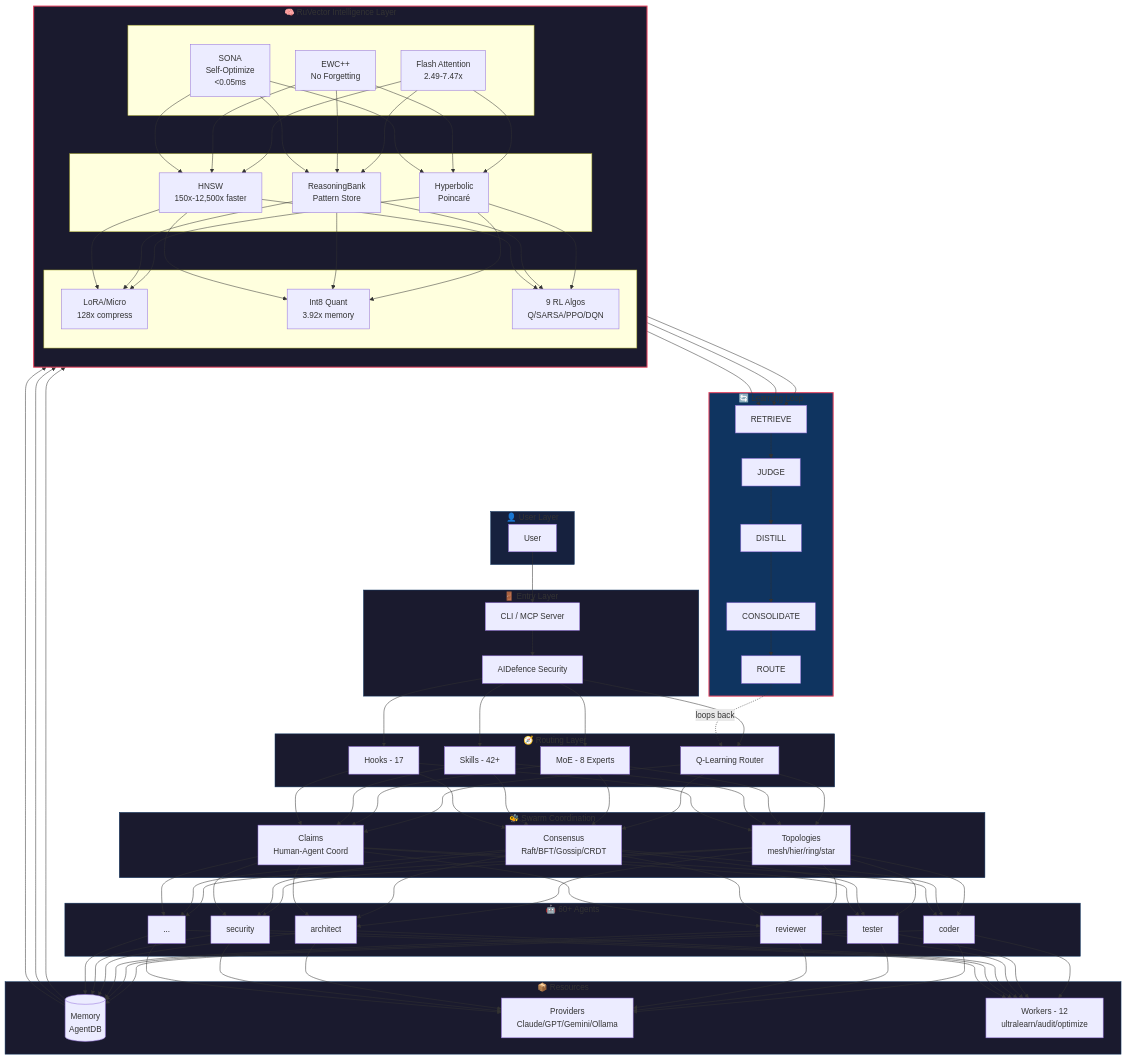
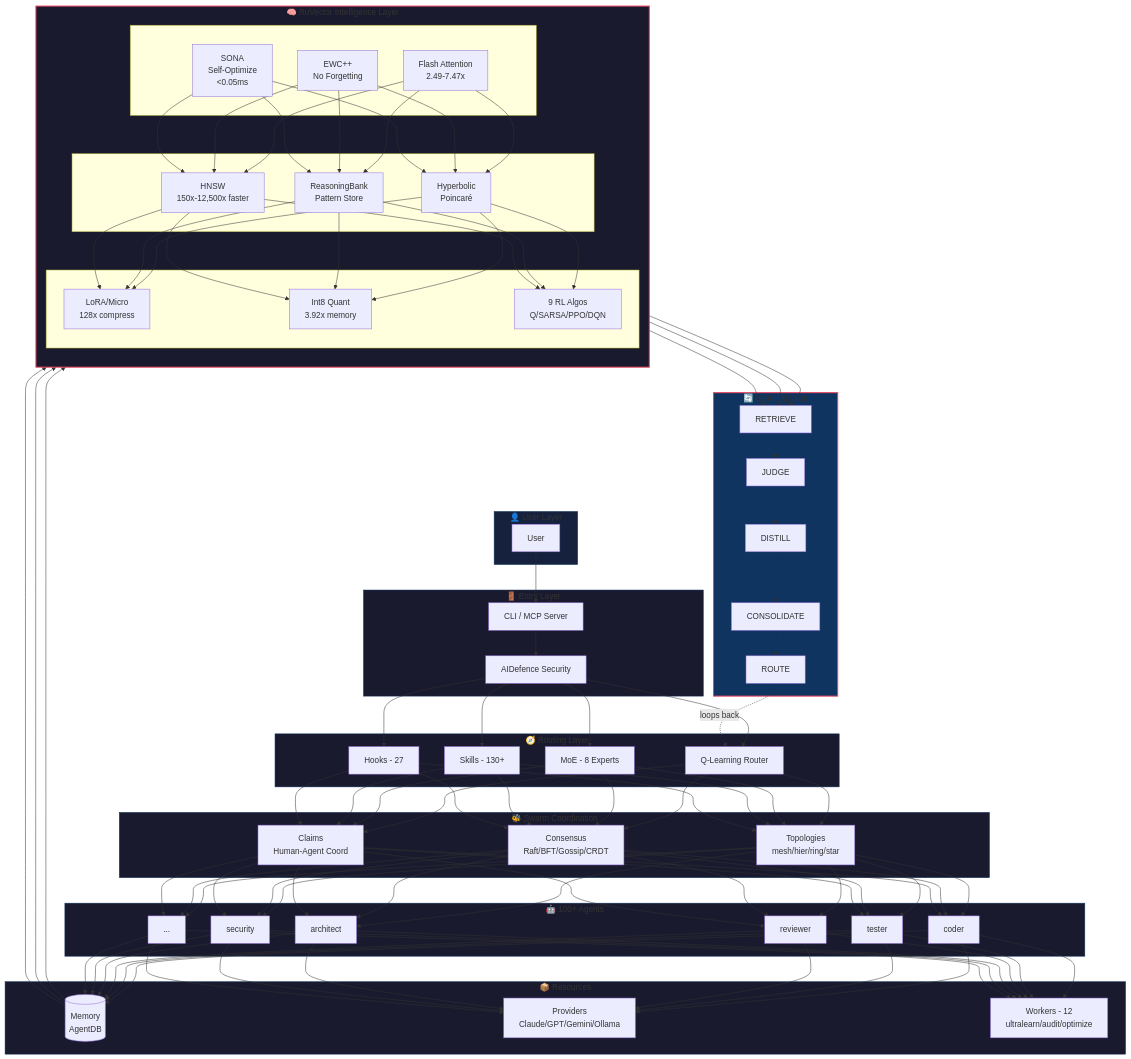
Before and after one commit to sashakobtsev21-stack/my_agents: the first of 6 diagrams in README.md, drawn with Mermaid. The commit also changed other lines of this file, not shown here.

```diff
--- a/README.md
+++ b/README.md
@@ -56,8 +56,8 @@
     subgraph ROUTING["🧭 Routing Layer"]
         QL[Q-Learning Router]
         MOE[MoE - 8 Experts]
-        SK[Skills - 42+]
-        HK[Hooks - 17]
+        SK[Skills - 130+]
+        HK[Hooks - 27]
     end
 
     subgraph SWARM["🐝 Swarm Coordination"]
@@ -66,7 +66,7 @@
         CLM[Claims<br/>Human-Agent Coord]
     end
 
-    subgraph AGENTS["🤖 60+ Agents"]
+    subgraph AGENTS["🤖 100+ Agents"]
         AG1[coder]
         AG2[tester]
         AG3[reviewer]
```
